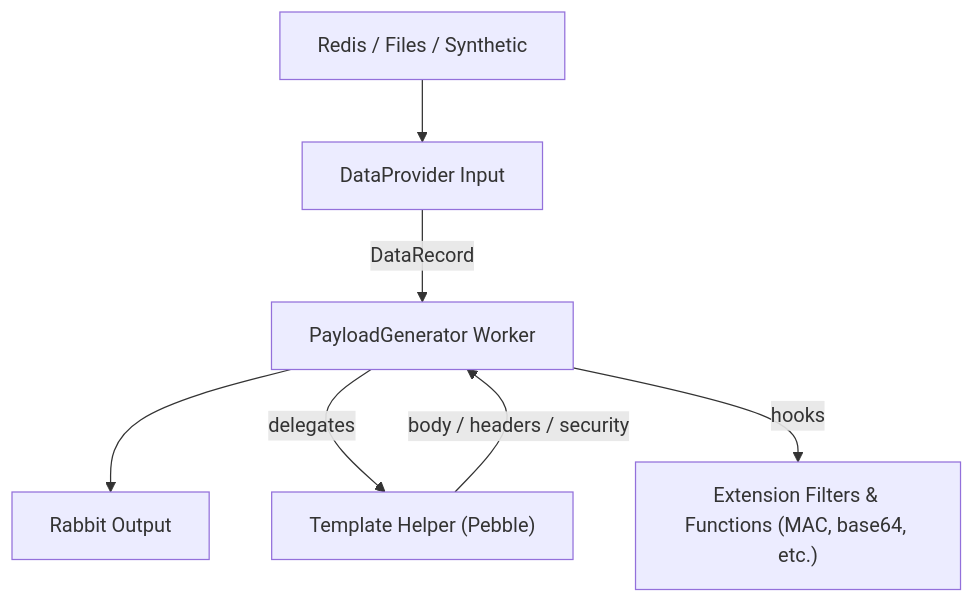
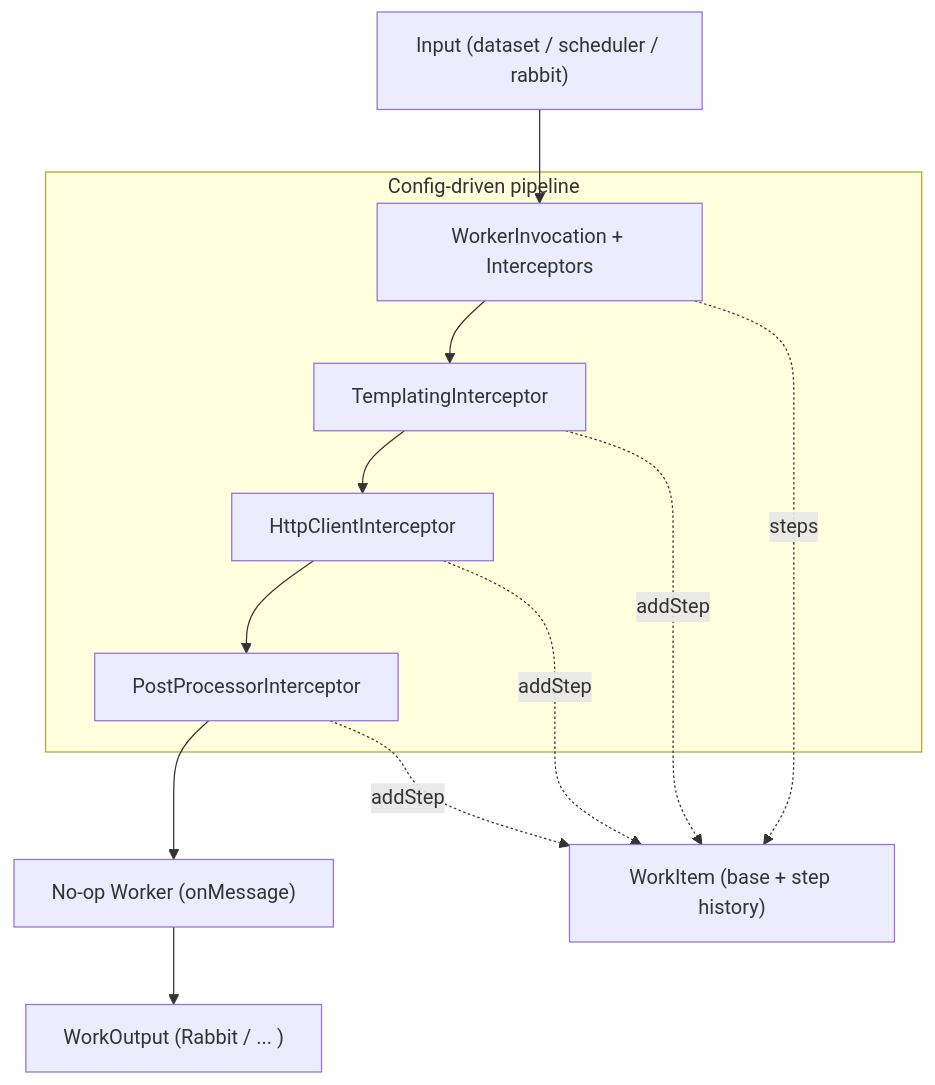
One commit to sepa79/PocketHive changed the diagram in docs/sdk/templated-generator-plan.md. Above: the diagram before and after it, drawn with Mermaid. The commit also changed other lines of this file and 1 other file, not shown here.

````diff
--- a/docs/sdk/templated-generator-plan.md
+++ b/docs/sdk/templated-generator-plan.md
@@ -31,9 +36,16 @@
 ```mermaid
 flowchart TD
-    A["Redis / Files / Synthetic"] --> B["DataProvider Input"]
-    B -- "DataRecord" --> C["PayloadGenerator Worker"]
-    C --> D["Rabbit Output"]
-    C -->|delegates| E["Template Helper (Pebble)"]
-    E -->|"body / headers / security"| C
-    C -->|hooks| F["Extension Filters & Functions (MAC, base64, etc.)"]
+    A["Input (dataset / scheduler / rabbit)"] --> B["WorkerInvocation + Interceptors"]
+    subgraph Pipeline["Config-driven pipeline"]
+      B --> C["TemplatingInterceptor"]
+      C --> D["HttpClientInterceptor"]
+      D --> E["PostProcessorInterceptor"]
+    end
+    E --> F["No-op Worker (onMessage)"]
+    F --> G["WorkOutput (Rabbit / ... )"]
+
+    B -. steps .-> H["WorkItem (base + step history)"]
+    C -. addStep .-> H
+    D -. addStep .-> H
+    E -. addStep .-> H
 ```
````
